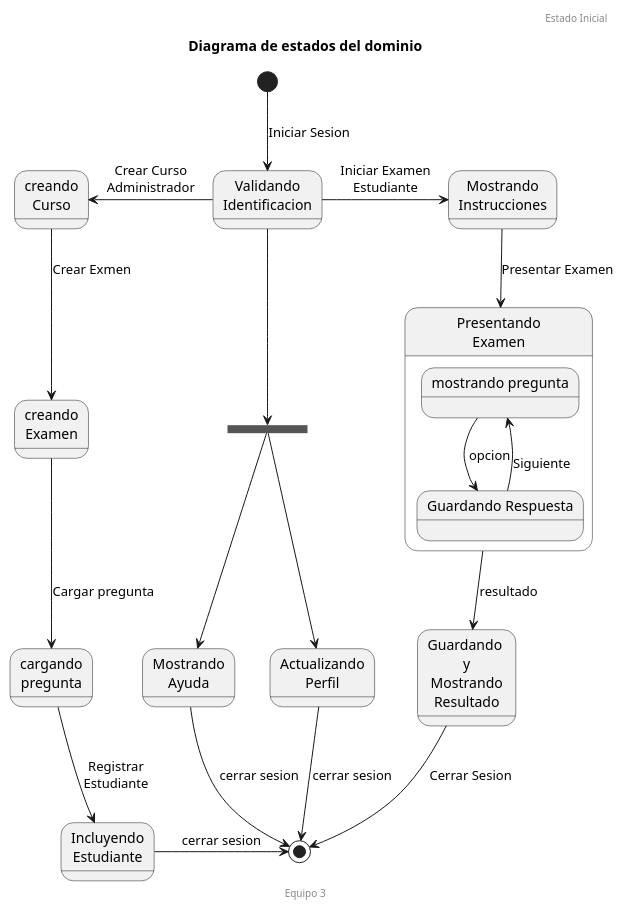
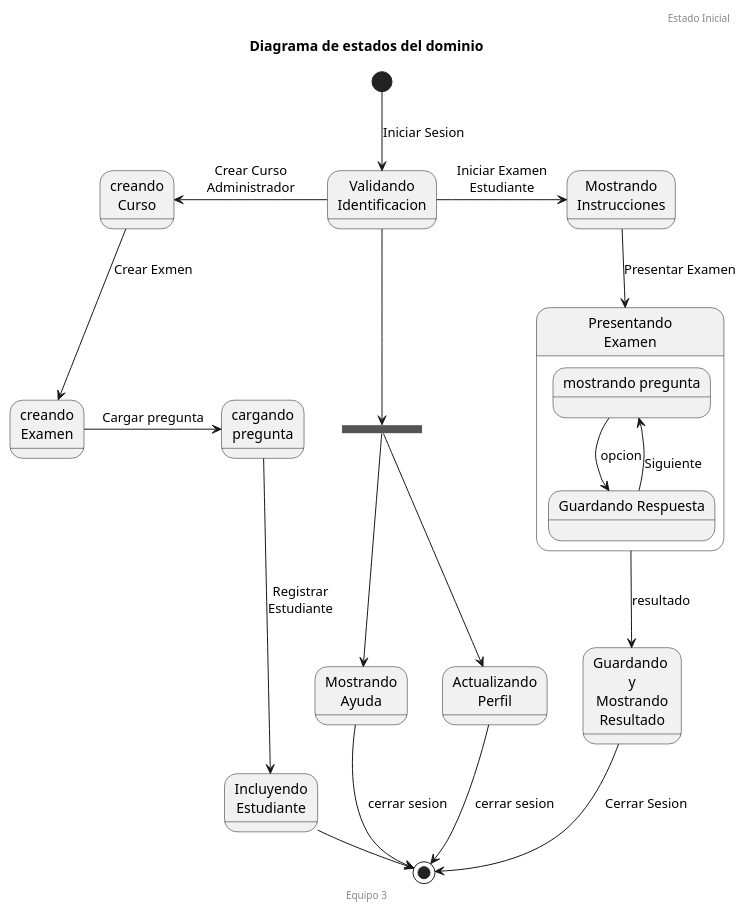
Before and after one commit to febres35/EdTech_IS: the diagram in docs/scenariosView/diagramaEstados.plantuml, drawn with PlantUML. The commit also changed 1 other file, not shown here.

Commit message:
cambios Diagrama de Estado

```diff
--- a/docs/scenariosView/diagramaEstados.plantuml
+++ b/docs/scenariosView/diagramaEstados.plantuml
@@ -1,49 +1,50 @@
 @startuml Diagrama de Estado
 
 
 header Estado Inicial
 footer Equipo 3
 title "Diagrama de estados del dominio"
 
 
 
 
 state "Validando\nIdentificacion" as vi
 state  "creando\nCurso" as gc
 state  "creando\nExamen" as ge
 state  "cargando\npregunta" as cp
 
 state "Mostrando\nInstrucciones" as mi
 state "Presentando\nExamen" as ee{
     state "mostrando pregunta" as mp
     state "Guardando Respuesta" as gp
     mp --> gp: opcion
     gp --> mp: \nSiguiente
 }
 state "Guardando \ny\nMostrando\nResultado" as gr
 state "Actualizando\nPerfil" as ap
 state "Mostrando\nAyuda" as ma
 state "Incluyendo\nEstudiante" as ie
 state finAd <<join>>
 
 [*] --> vi: Iniciar Sesion
 vi -left-> gc: Crear Curso\nAdministrador
 gc --> ge: Crear Exmen
-ge --> cp: Cargar pregunta
+ge -right-> cp: Cargar pregunta
 cp --> ie: Registrar\nEstudiante
 vi --> finAd
 finAd --> ma
 finAd --> ap
+
 
 ma --> [*]: cerrar sesion
 ap --> [*]: cerrar sesion
 ie -right-> [*] : cerrar sesion
 
  
 
 vi -right-> mi: Iniciar Examen\nEstudiante
 mi --> ee: Presentar Examen
 ee --> gr: resultado
 gr --> [*]:  Cerrar Sesion
 
 @enduml
```
